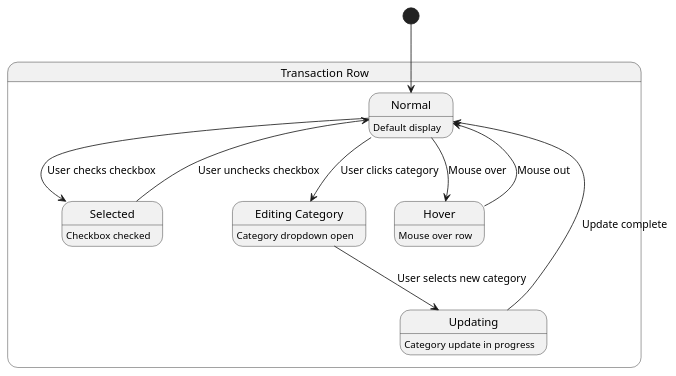
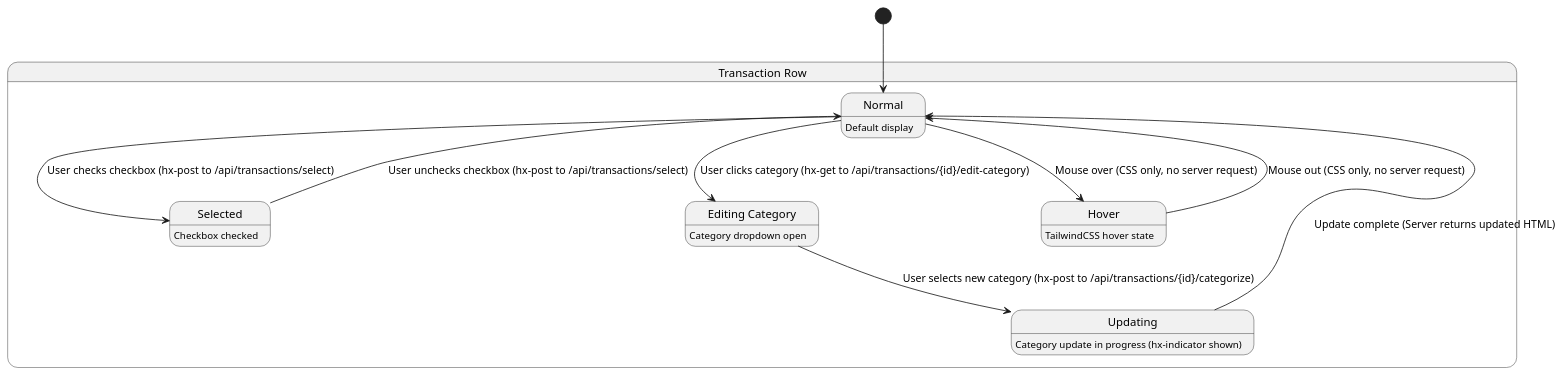
The third of 8 diagrams in works/iterative/incubator/budget/presentation/design/UIStateDiagrams.md (iterative-works/incubator), drawn with PlantUML before and after one commit. The commit also changed other lines of this file, not shown here.

First line of the commit message:
Update UIStateDiagrams.md to accurately reflect server-rendered Scalatags + HTMX + TailwindCSS architecture

````diff
--- a/works/iterative/incubator/budget/presentation/design/UIStateDiagrams.md
+++ b/works/iterative/incubator/budget/presentation/design/UIStateDiagrams.md
@@ -61,22 +72,22 @@
 ```plantuml
 @startuml
 
 state "Transaction Row" as row {
   state "Normal" as normal : Default display
   state "Selected" as selected : Checkbox checked
-  state "Hover" as hover : Mouse over row
+  state "Hover" as hover : TailwindCSS hover state
   state "Editing Category" as editing : Category dropdown open
-  state "Updating" as updating : Category update in progress
+  state "Updating" as updating : Category update in progress (hx-indicator shown)
 }
 
 [*] --> normal
-normal --> hover : Mouse over
-hover --> normal : Mouse out
-normal --> selected : User checks checkbox
-selected --> normal : User unchecks checkbox
-normal --> editing : User clicks category
-editing --> updating : User selects new category
-updating --> normal : Update complete
+normal --> hover : Mouse over (CSS only, no server request)
+hover --> normal : Mouse out (CSS only, no server request)
+normal --> selected : User checks checkbox (hx-post to /api/transactions/select)
+selected --> normal : User unchecks checkbox (hx-post to /api/transactions/select)
+normal --> editing : User clicks category (hx-get to /api/transactions/{id}/edit-category)
+editing --> updating : User selects new category (hx-post to /api/transactions/{id}/categorize)
+updating --> normal : Update complete (Server returns updated HTML)
 
 @enduml
 ```
````
